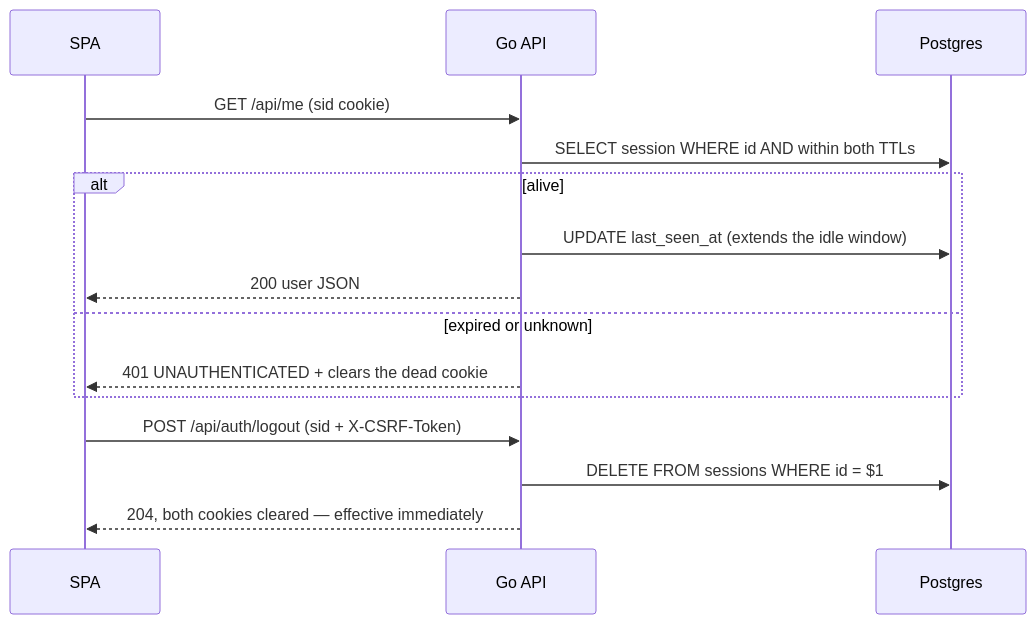
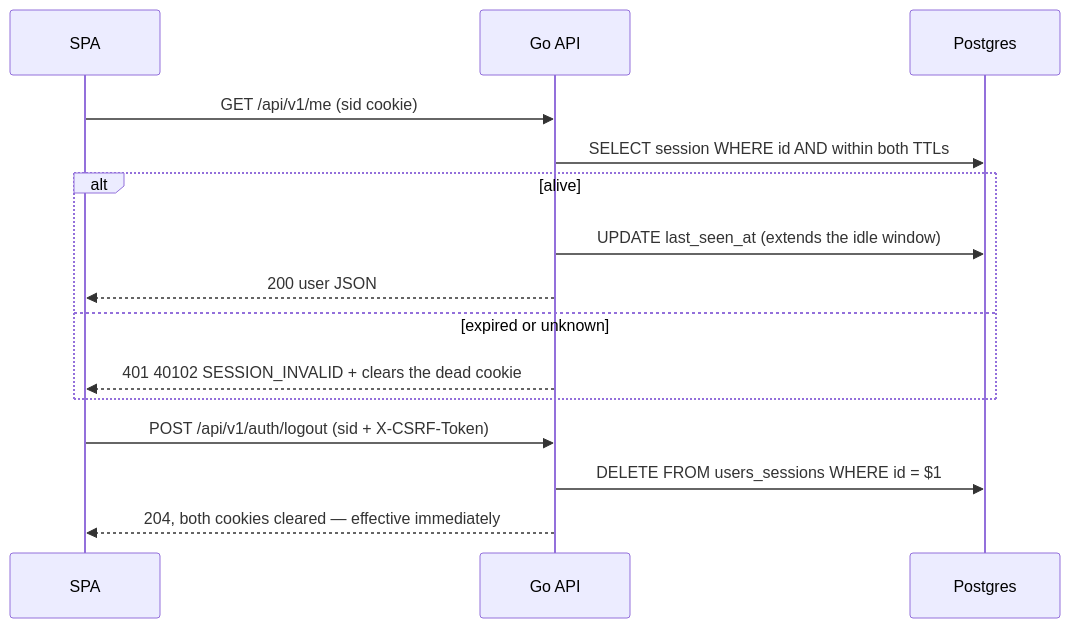
One commit to mini-apps-org/league-be changed the second of 2 diagrams in internal/auth/README.md. Above: the diagram before and after it, drawn with Mermaid. The commit also changed other lines of this file and 1 other file, not shown here.

Commit message:
docs(auth): rewrite the README against the current code

````diff
--- a/internal/auth/README.md
+++ b/internal/auth/README.md
@@ -93,19 +106,19 @@
 ```mermaid
 sequenceDiagram
     participant F as SPA
     participant A as Go API
     participant D as Postgres
 
-    F->>A: GET /api/me (sid cookie)
+    F->>A: GET /api/v1/me (sid cookie)
     A->>D: SELECT session WHERE id AND within both TTLs
     alt alive
         A->>D: UPDATE last_seen_at (extends the idle window)
         A-->>F: 200 user JSON
     else expired or unknown
-        A-->>F: 401 UNAUTHENTICATED + clears the dead cookie
+        A-->>F: 401 40102 SESSION_INVALID + clears the dead cookie
     end
 
-    F->>A: POST /api/auth/logout (sid + X-CSRF-Token)
-    A->>D: DELETE FROM sessions WHERE id = $1
+    F->>A: POST /api/v1/auth/logout (sid + X-CSRF-Token)
+    A->>D: DELETE FROM users_sessions WHERE id = $1
     A-->>F: 204, both cookies cleared — effective immediately
 ```
````
